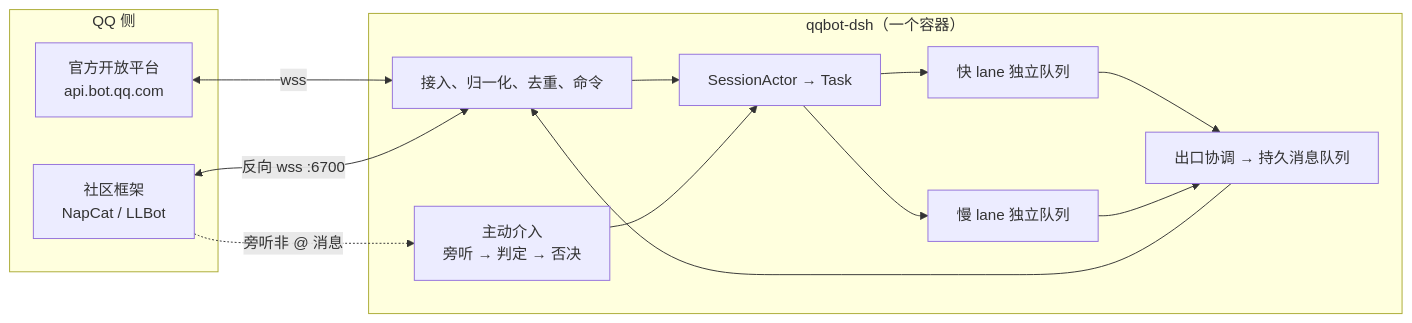
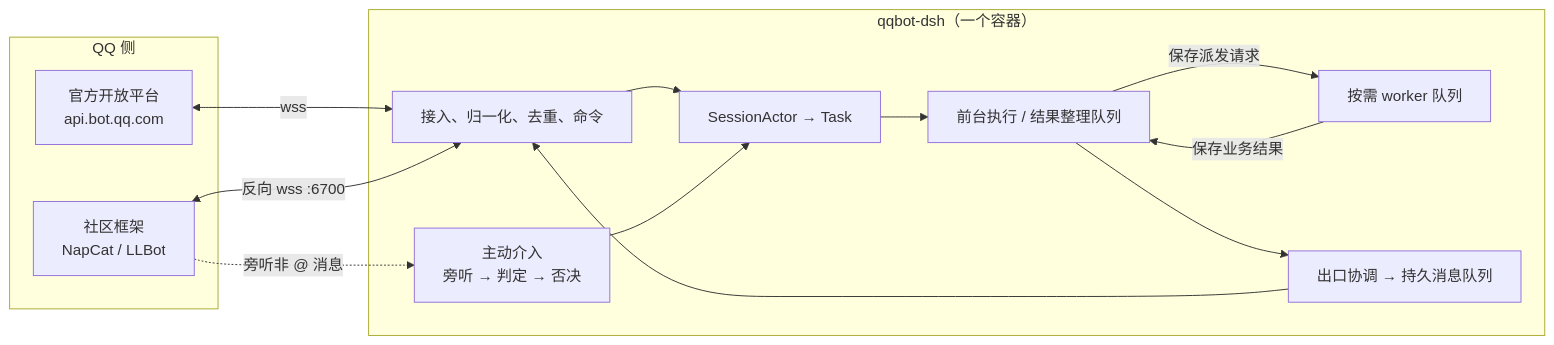
The diagram in README.md (woodPeckerAnos/qqbot-dsh), drawn with Mermaid before and after one commit. The commit also changed other lines of this file and 78 other files, not shown here.

````diff
--- a/README.md
+++ b/README.md
@@ -17,21 +17,21 @@
 ```mermaid
 flowchart LR
   subgraph QQ["QQ 侧"]
     A["官方开放平台<br/>api.bot.qq.com"]
     B["社区框架<br/>NapCat / LLBot"]
   end
 
   subgraph BOT["qqbot-dsh（一个容器）"]
     C["接入、归一化、去重、命令"] --> D["SessionActor → Task"]
-    D --> E["快 lane 独立队列"]
-    D --> F["慢 lane 独立队列"]
+    D --> E["前台执行 / 结果整理队列"]
+    E -->|保存派发请求| F["按需 worker 队列"]
+    F -->|保存业务结果| E
     G["主动介入<br/>旁听 → 判定 → 否决"] --> D
     E --> O["出口协调 → 持久消息队列"]
-    F --> O
     O --> C
   end
 
   A <-->|wss| C
   B <-->|反向 wss :6700| C
   B -.->|旁听非 @ 消息| G
 ```
````
